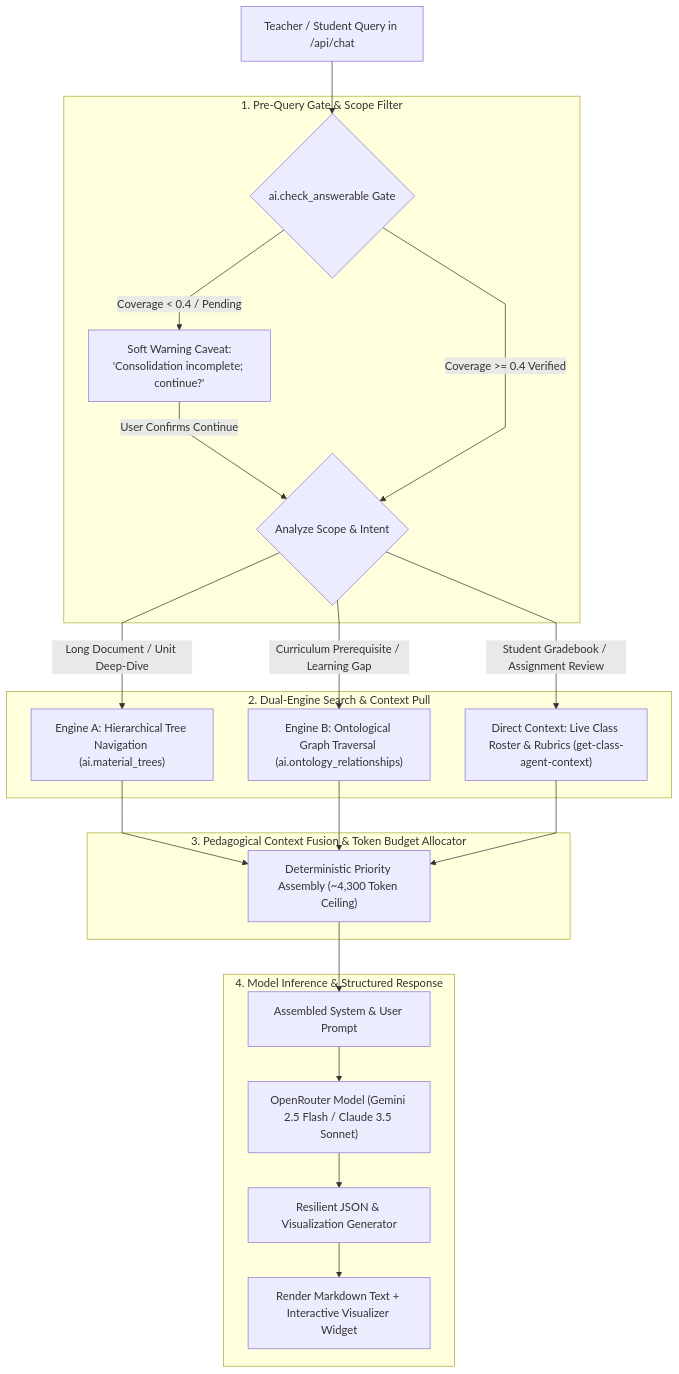
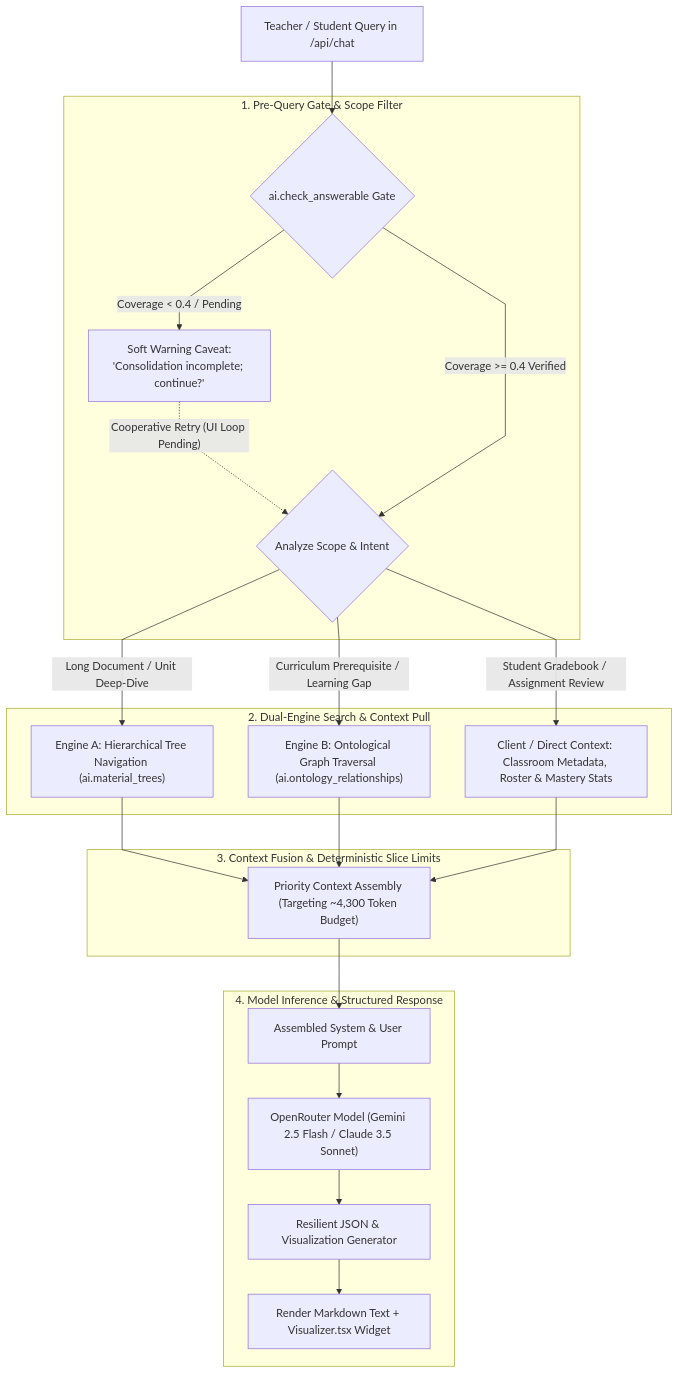
One commit to VictorBravo9er/Teacher-Assistant-Workspace changed the diagram in docs/knowledge_store/retrieval_and_rag.md. Above: the diagram before and after it, drawn with Mermaid. The commit also changed other lines of this file and 43 other files, not shown here.

````diff
--- a/docs/knowledge_store/retrieval_and_rag.md
+++ b/docs/knowledge_store/retrieval_and_rag.md
@@ -11,46 +11,46 @@
 ```mermaid
 %%{init: {'flowchart': {'curve': 'linear'}}}%%
 flowchart TD
     UserQuery["Teacher / Student Query in /api/chat"]
 
     subgraph QueryClassifier["1. Pre-Query Gate & Scope Filter"]
         Gate{"ai.check_answerable Gate"}
         SoftWarn["Soft Warning Caveat:\n'Consolidation incomplete; continue?'"]
         IntentRouter{"Analyze Scope & Intent"}
     end
 
     subgraph SearchEngines["2. Dual-Engine Search & Context Pull"]
         TreeSearch["Engine A: Hierarchical Tree Navigation (ai.material_trees)"]
         GraphSearch["Engine B: Ontological Graph Traversal (ai.ontology_relationships)"]
-        RosterContext["Direct Context: Live Class Roster & Rubrics (get-class-agent-context)"]
+        RosterContext["Client / Direct Context: Classroom Metadata, Roster & Mastery Stats"]
     end
 
-    subgraph ContextFusion["3. Pedagogical Context Fusion & Token Budget Allocator"]
-        FusionEngine["Deterministic Priority Assembly (~4,300 Token Ceiling)"]
+    subgraph ContextFusion["3. Context Fusion & Deterministic Slice Limits"]
+        FusionEngine["Priority Context Assembly (Targeting ~4,300 Token Budget)"]
     end
 
     subgraph AssistantInference["4. Model Inference & Structured Response"]
         PromptBuilder["Assembled System & User Prompt"]
         LLM["OpenRouter Model (Gemini 2.5 Flash / Claude 3.5 Sonnet)"]
         Parser["Resilient JSON & Visualization Generator"]
-        UI["Render Markdown Text + Interactive Visualizer Widget"]
+        UI["Render Markdown Text + Visualizer.tsx Widget"]
     end
 
     UserQuery --> Gate
     Gate -->|Coverage < 0.4 / Pending| SoftWarn
-    SoftWarn -->|User Confirms Continue| IntentRouter
+    SoftWarn -.->|"Cooperative Retry (UI Loop Pending)"| IntentRouter
     Gate -->|Coverage >= 0.4 Verified| IntentRouter
     
     IntentRouter -->|Long Document / Unit Deep-Dive| TreeSearch
     IntentRouter -->|Curriculum Prerequisite / Learning Gap| GraphSearch
     IntentRouter -->|Student Gradebook / Assignment Review| RosterContext
 
     TreeSearch --> FusionEngine
     GraphSearch --> FusionEngine
     RosterContext --> FusionEngine
 
     FusionEngine --> PromptBuilder
     PromptBuilder --> LLM
     LLM --> Parser
     Parser --> UI
 ```
````
